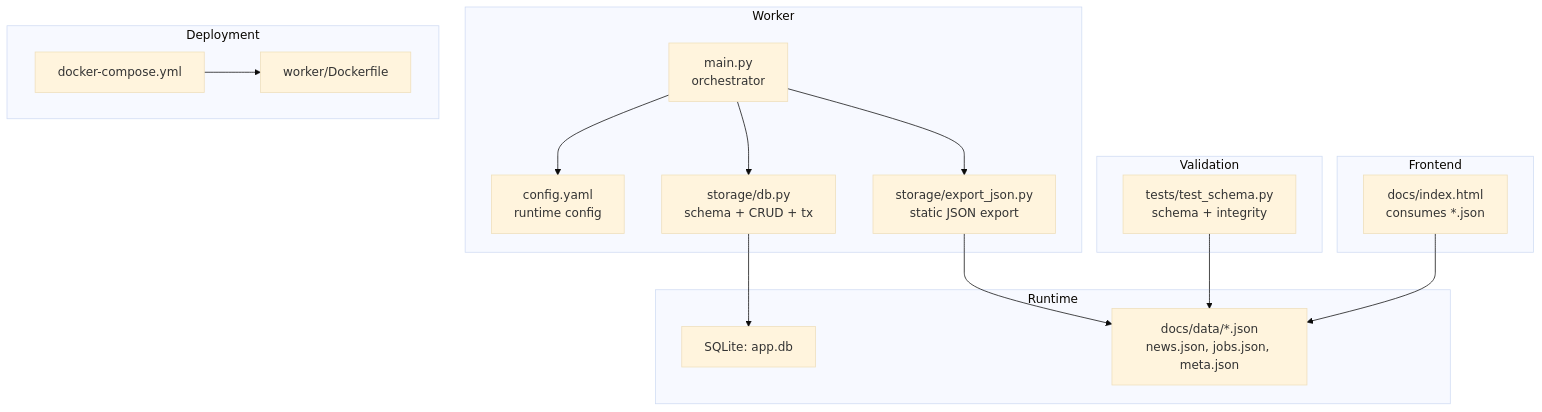
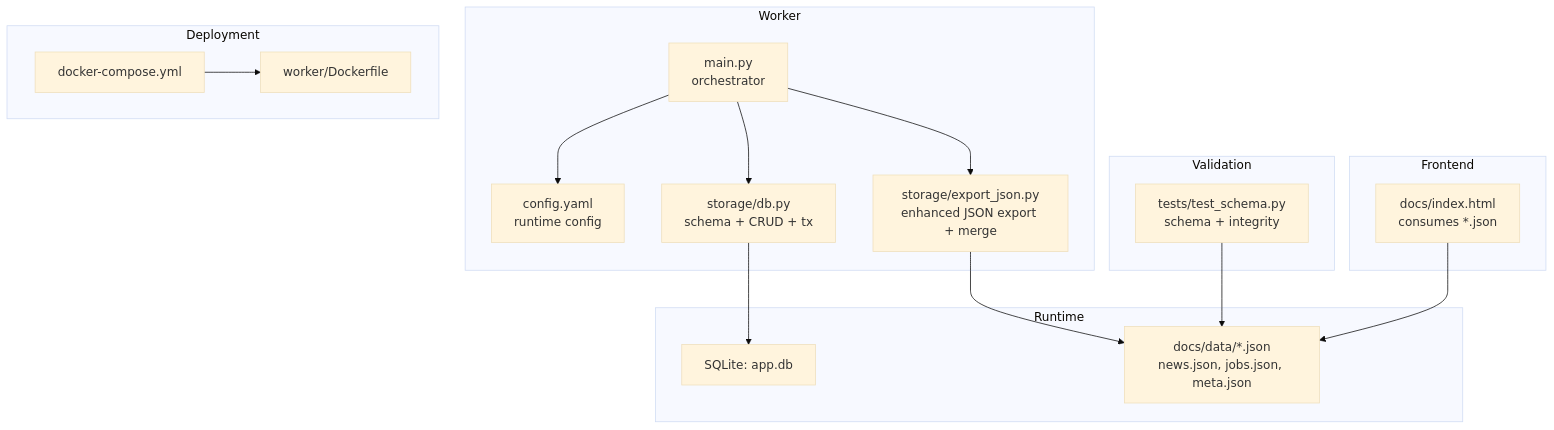
One commit to shakthi-vinayak/news changed the first of 8 diagrams in .qoder/repowiki/en/content/Data Management/Data Management.md. Above: the diagram before and after it, drawn with Mermaid (base theme). The commit also changed other lines of this file and 55 other files, not shown here.

````diff
--- a/.qoder/repowiki/en/content/Data Management/Data Management.md
+++ b/.qoder/repowiki/en/content/Data Management/Data Management.md
@@ -42,31 +50,31 @@
 ```mermaid
 graph TB
 subgraph "Worker"
 MAIN["main.py<br/>orchestrator"]
 CFG["config.yaml<br/>runtime config"]
 ST_DB["storage/db.py<br/>schema + CRUD + tx"]
-ST_EXP["storage/export_json.py<br/>static JSON export"]
+ST_EXP["storage/export_json.py<br/>enhanced JSON export + merge"]
 end
 subgraph "Runtime"
 SQLITE["SQLite: app.db"]
 DOCS["docs/data/*.json<br/>news.json, jobs.json, meta.json"]
 end
 subgraph "Deployment"
 DC["docker-compose.yml"]
 DF["worker/Dockerfile"]
 end
 subgraph "Validation"
 TESTS["tests/test_schema.py<br/>schema + integrity"]
 end
 subgraph "Frontend"
 HTML["docs/index.html<br/>consumes *.json"]
 end
 MAIN --> ST_DB
 MAIN --> ST_EXP
 MAIN --> CFG
 ST_DB --> SQLITE
 ST_EXP --> DOCS
 DC --> DF
 TESTS --> DOCS
 HTML --> DOCS
 ```
````
